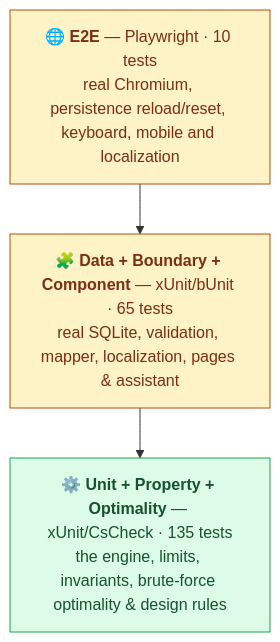
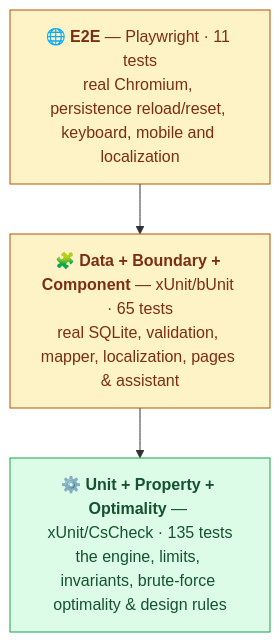
The diagram in docs/TESTING.md (aco993/WorkPlanStudio), drawn with Mermaid before and after one commit. The commit also changed 7 other files, not shown here.

````diff
--- a/docs/TESTING.md
+++ b/docs/TESTING.md
@@ -14,13 +14,13 @@
 ```mermaid
 graph TD
-    E2E["🌐 <b>E2E</b> — Playwright · 10 tests<br/>real Chromium, persistence reload/reset, keyboard, mobile and localization"]
+    E2E["🌐 <b>E2E</b> — Playwright · 11 tests<br/>real Chromium, persistence reload/reset, keyboard, mobile and localization"]
     WEB["🧩 <b>Data + Boundary + Component</b> — xUnit/bUnit · 65 tests<br/>real SQLite, validation, mapper, localization, pages &amp; assistant"]
     UNIT["⚙️ <b>Unit + Property + Optimality</b> — xUnit/CsCheck · 135 tests<br/>the engine, limits, invariants, brute-force optimality &amp; design rules"]
 
     E2E --> WEB --> UNIT
 
     classDef fast fill:#dcfce7,stroke:#16a34a,color:#14532d;
     classDef slow fill:#fef3c7,stroke:#b45309,color:#7c2d12;
     class UNIT fast;
     class WEB,E2E slow;
 ```
````
